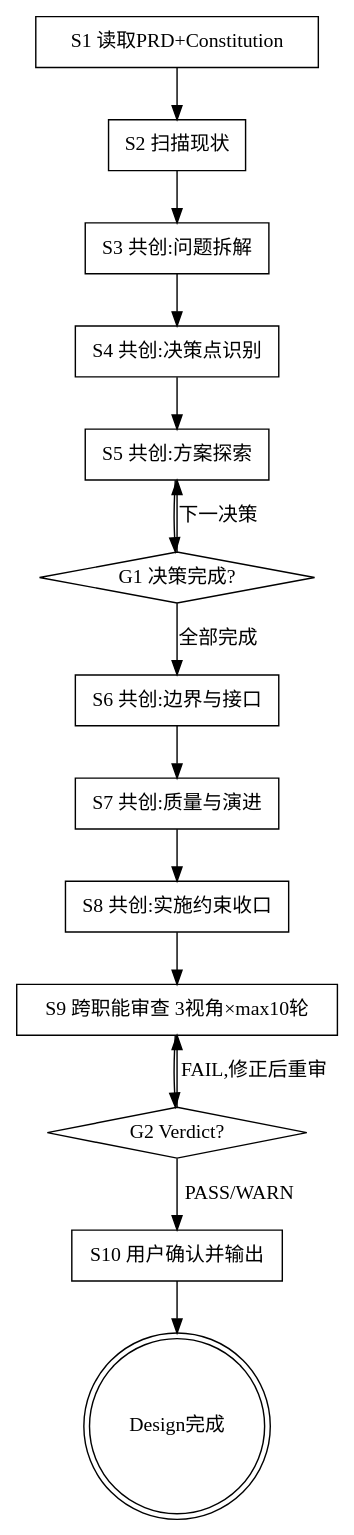
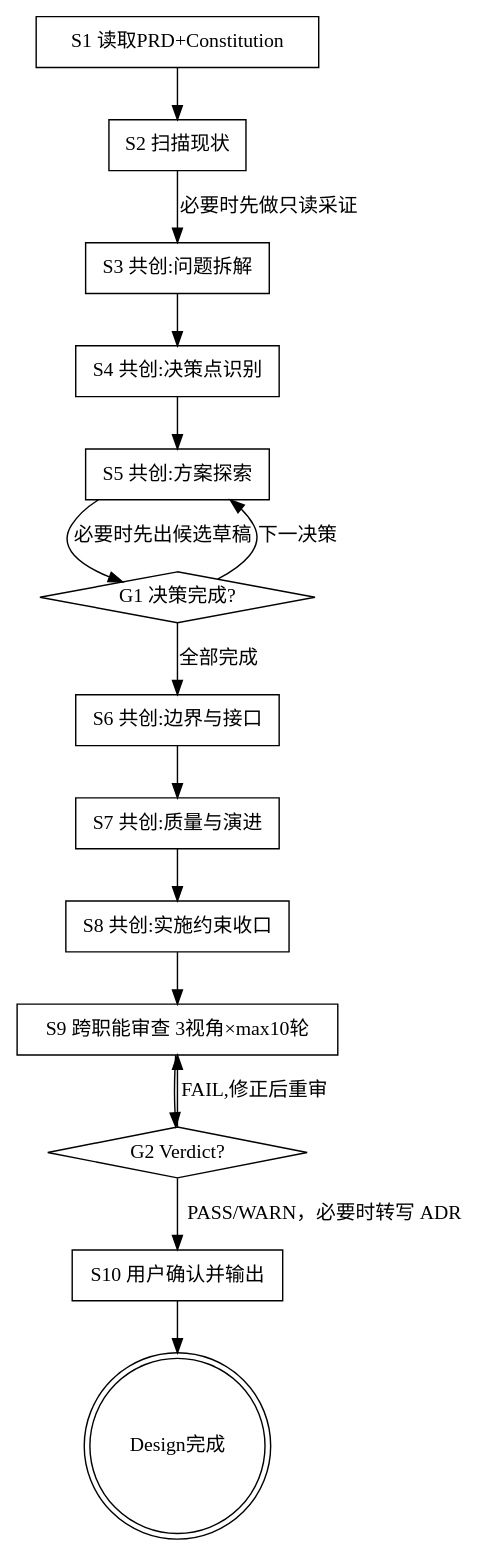
The diagram in shared/skills/design/SKILL.md (jieli-cqwl/org-claude-skills), drawn with Graphviz before and after one commit. The commit also changed other lines of this file and 90 other files, not shown here.

````diff
--- a/shared/skills/design/SKILL.md
+++ b/shared/skills/design/SKILL.md
@@ -84,33 +84,33 @@
 ```dot
 digraph design_flow {
     rankdir=TB;
     "S1 读取PRD+Constitution" [shape=box];
     "S2 扫描现状" [shape=box];
     "S3 共创:问题拆解" [shape=box];
     "S4 共创:决策点识别" [shape=box];
     "S5 共创:方案探索" [shape=box];
     "G1 决策完成?" [shape=diamond];
     "S6 共创:边界与接口" [shape=box];
     "S7 共创:质量与演进" [shape=box];
     "S8 共创:实施约束收口" [shape=box];
     "S9 跨职能审查 3视角×max10轮" [shape=box];
     "G2 Verdict?" [shape=diamond];
     "S10 用户确认并输出" [shape=box];
     "Design完成" [shape=doublecircle];
 
     "S1 读取PRD+Constitution" -> "S2 扫描现状";
-    "S2 扫描现状" -> "S3 共创:问题拆解";
+    "S2 扫描现状" -> "S3 共创:问题拆解" [label="必要时先做只读采证"];
     "S3 共创:问题拆解" -> "S4 共创:决策点识别";
     "S4 共创:决策点识别" -> "S5 共创:方案探索";
-    "S5 共创:方案探索" -> "G1 决策完成?";
+    "S5 共创:方案探索" -> "G1 决策完成?" [label="必要时先出候选草稿"];
     "G1 决策完成?" -> "S5 共创:方案探索" [label="下一决策"];
     "G1 决策完成?" -> "S6 共创:边界与接口" [label="全部完成"];
     "S6 共创:边界与接口" -> "S7 共创:质量与演进";
     "S7 共创:质量与演进" -> "S8 共创:实施约束收口";
     "S8 共创:实施约束收口" -> "S9 跨职能审查 3视角×max10轮";
     "S9 跨职能审查 3视角×max10轮" -> "G2 Verdict?";
     "G2 Verdict?" -> "S9 跨职能审查 3视角×max10轮" [label="FAIL,修正后重审"];
-    "G2 Verdict?" -> "S10 用户确认并输出" [label="PASS/WARN"];
+    "G2 Verdict?" -> "S10 用户确认并输出" [label="PASS/WARN，必要时转写 ADR"];
     "S10 用户确认并输出" -> "Design完成";
 }
 ```
````
